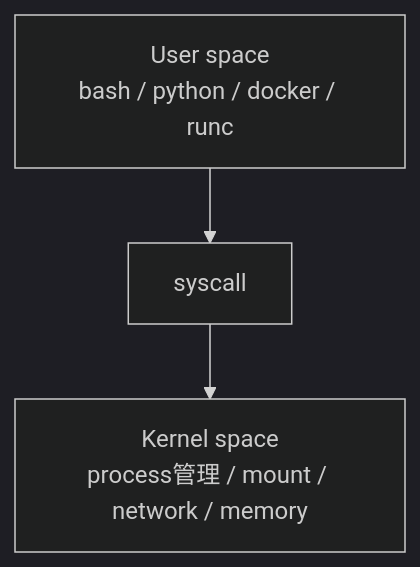
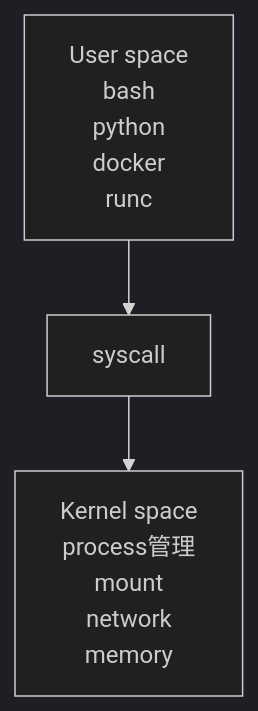
One commit to HukuKaich0u/learning-linux-and-container-for-youki changed the first of 2 diagrams in docs/container-internals/03-syscall-and-kernel.md. Above: the diagram before and after it, drawn with Mermaid (dark theme). The commit also changed 11 other files, not shown here.

Commit message:
コンテナ技術の導入とMermaid表示を改善

````diff
--- a/docs/container-internals/03-syscall-and-kernel.md
+++ b/docs/container-internals/03-syscall-and-kernel.md
@@ -84,7 +84,7 @@
 ```mermaid
 flowchart TD
-  A[User space<br>bash / python / docker / runc]
+  A["User space<br/>bash<br/>python<br/>docker<br/>runc"]
   B[syscall]
-  C[Kernel space<br>process管理 / mount / network / memory]
+  C["Kernel space<br/>process管理<br/>mount<br/>network<br/>memory"]
   A --> B --> C
 ```
````
